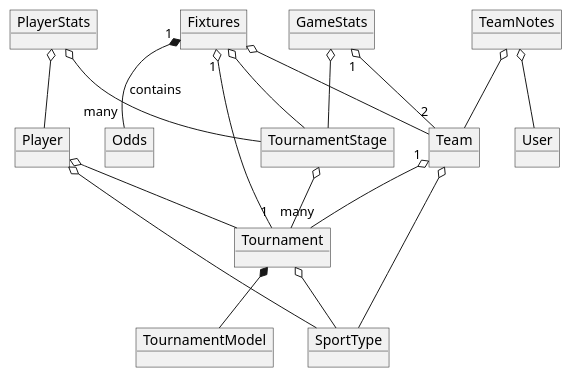
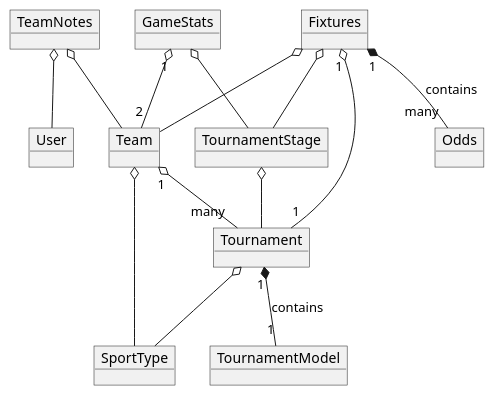
Before and after one commit to yaroslav-dudar/fox.cub: the diagram in docs/objects.wsd, drawn with PlantUML.

Commit message:
cleanup objects schema

```diff
--- a/docs/objects.wsd
+++ b/docs/objects.wsd
@@ -1,46 +1,37 @@
 @startuml "Object diagram"
 
 object GameStats
 object Team
 object TeamNotes
 
 object Tournament
 object TournamentStage
-
-object Player
-object PlayerStats
 
 object SportType
 
 object User
 
 object Odds
 object Fixtures
 
 object TournamentModel
 
 GameStats "1" o-- "2" Team
 GameStats o-- TournamentStage
 
 Team o-- SportType
 Team "1" o-- "many" Tournament
 
 Tournament o-- SportType
-Tournament *-- TournamentModel
-
+Tournament "1" *-- "1" TournamentModel: contains
 TournamentStage o-- Tournament
-
-PlayerStats o-- Player
-PlayerStats o-- TournamentStage
-
-Player o-- SportType
-Player o-- Tournament
 
 Fixtures "1" o-- "1" Tournament
 Fixtures o-- TournamentStage
 Fixtures o-- Team
 Fixtures "1" *-- "many" Odds: contains
 
 TeamNotes o-- Team
 TeamNotes o-- User
+
 @enduml
```
